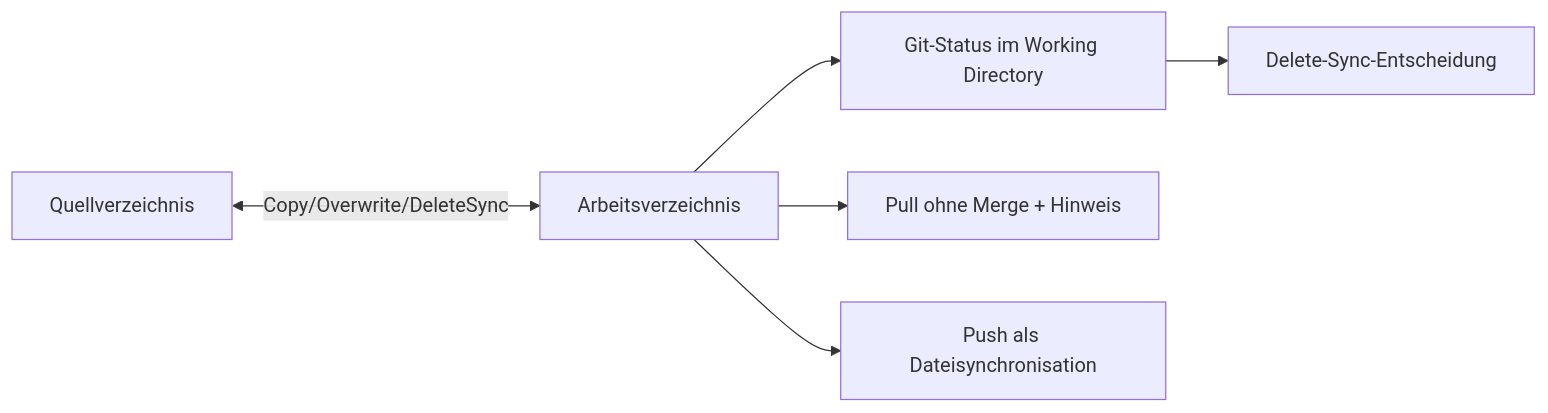
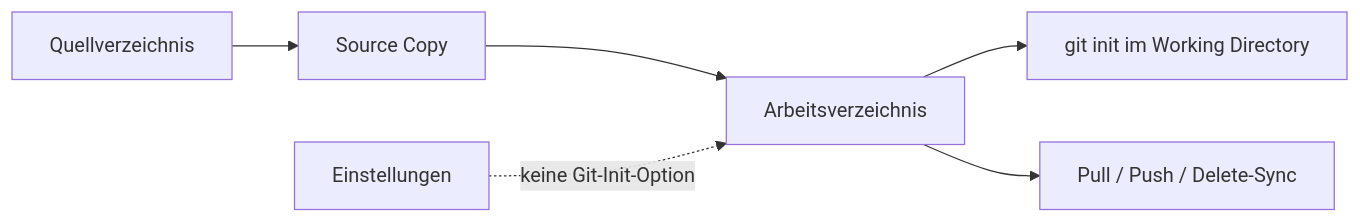
The diagram in docs/requirements/separates-arbeitsverzeichnis-git-init-fallback-requirements-analysis.md (martin-stromberg/Softwareschmiede), drawn with Mermaid before and after one commit. The commit also changed other lines of this file and 55 other files, not shown here.

````diff
--- a/docs/requirements/separates-arbeitsverzeichnis-git-init-fallback-requirements-analysis.md
+++ b/docs/requirements/separates-arbeitsverzeichnis-git-init-fallback-requirements-analysis.md
@@ -119,8 +79,8 @@
 ```mermaid
 flowchart LR
-    SRC[Quellverzeichnis] <-- Copy/Overwrite/DeleteSync --> WRK[Arbeitsverzeichnis]
-    WRK --> GST[Git-Status im Working Directory]
-    GST --> DEL[Delete-Sync-Entscheidung]
-    WRK --> PULL[Pull ohne Merge + Hinweis]
-    WRK --> PUSH[Push als Dateisynchronisation]
+    SRC[Quellverzeichnis] --> COPY[Source Copy]
+    COPY --> WRK[Arbeitsverzeichnis]
+    WRK --> INIT[git init im Working Directory]
+    WRK --> FLOW[Pull / Push / Delete-Sync]
+    SETTINGS[Einstellungen] -. keine Git-Init-Option .-> WRK
 ```
````
